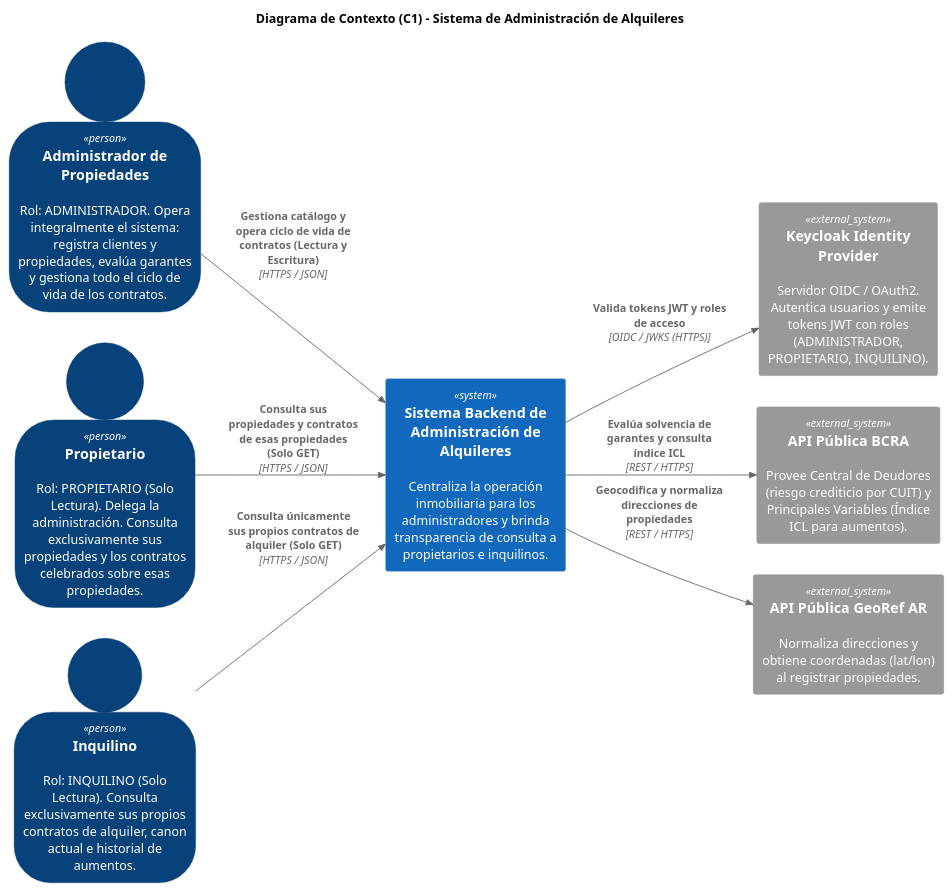
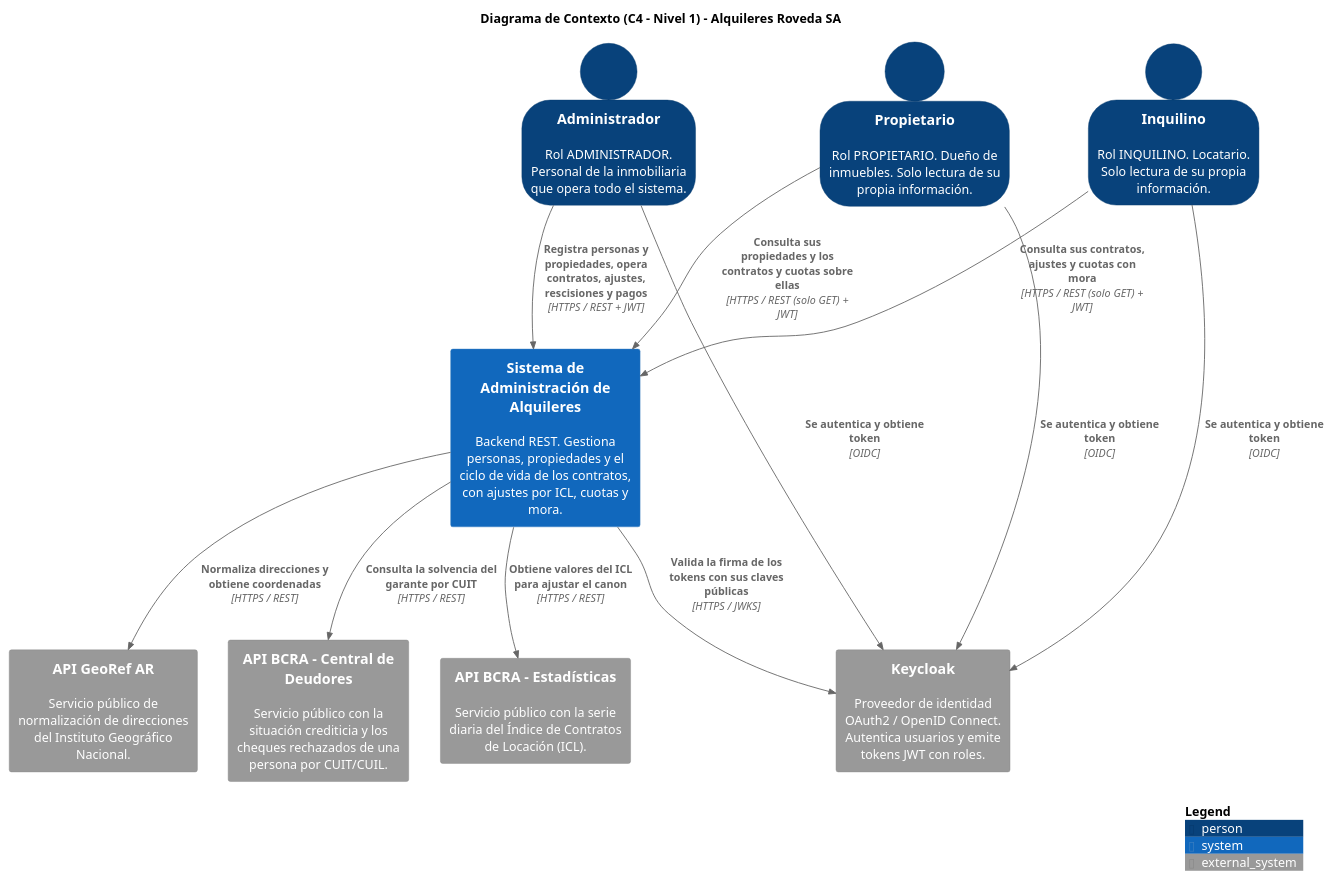
The second of 4 diagrams in docs/Diagramas.md (Luxuul01/tpi-back-RovedaSA), drawn with PlantUML before and after one commit. The commit also changed other lines of this file and 1 other file, not shown here.

Commit message:
docs: actualizar diagrama de contexto C4 y agregar su imagen

````diff
--- a/docs/Diagramas.md
+++ b/docs/Diagramas.md
@@ -267,34 +269,36 @@
 ```plantuml
-@startuml
+@startuml C4_Contexto
 !include https://raw.githubusercontent.com/plantuml-stdlib/C4-PlantUML/master/C4_Context.puml
 
-LAYOUT_LEFT_RIGHT()
+LAYOUT_TOP_DOWN()
 SHOW_PERSON_OUTLINE()
 
-title Diagrama de Contexto (C1) - Sistema de Administración de Alquileres
+title Diagrama de Contexto (C4 - Nivel 1) - Alquileres Roveda SA
 
-' Actores del dominio con aislamiento estricto por rol
-Person(admin, "Administrador de Propiedades", "Rol: ADMINISTRADOR. Opera integralmente el sistema: registra clientes y propiedades, evalúa garantes y gestiona todo el ciclo de vida de los contratos.")
-Person(propietario, "Propietario", "Rol: PROPIETARIO (Solo Lectura). Delega la administración. Consulta exclusivamente sus propiedades y los contratos celebrados sobre esas propiedades.")
-Person(inquilino, "Inquilino", "Rol: INQUILINO (Solo Lectura). Consulta exclusivamente sus propios contratos de alquiler, canon actual e historial de aumentos.")
+Person(admin, "Administrador", "Rol ADMINISTRADOR. Personal de la inmobiliaria que opera todo el sistema.")
+Person(propietario, "Propietario", "Rol PROPIETARIO. Dueño de inmuebles. Solo lectura de su propia información.")
+Person(inquilino, "Inquilino", "Rol INQUILINO. Locatario. Solo lectura de su propia información.")
 
-' Sistema en estudio
-System(sistema_alquileres, "Sistema Backend de Administración de Alquileres", "Centraliza la operación inmobiliaria para los administradores y brinda transparencia de consulta a propietarios e inquilinos.")
+System(sistema, "Sistema de Administración de Alquileres", "Backend REST. Gestiona personas, propiedades y el ciclo de vida de los contratos, con ajustes por ICL, cuotas y mora.")
 
-' Sistemas Externos
-System_Ext(keycloak, "Keycloak Identity Provider", "Servidor OIDC / OAuth2. Autentica usuarios y emite tokens JWT con roles (ADMINISTRADOR, PROPIETARIO, INQUILINO).")
-System_Ext(api_bcra, "API Pública BCRA", "Provee Central de Deudores (riesgo crediticio por CUIT) y Principales Variables (Índice ICL para aumentos).")
-System_Ext(api_georef, "API Pública GeoRef AR", "Normaliza direcciones y obtiene coordenadas (lat/lon) al registrar propiedades.")
+System_Ext(keycloak, "Keycloak", "Proveedor de identidad OAuth2 / OpenID Connect. Autentica usuarios y emite tokens JWT con roles.")
+System_Ext(georef, "API GeoRef AR", "Servicio público de normalización de direcciones del Instituto Geográfico Nacional.")
+System_Ext(bcra_deudores, "API BCRA - Central de Deudores", "Servicio público con la situación crediticia y los cheques rechazados de una persona por CUIT/CUIL.")
+System_Ext(bcra_estadisticas, "API BCRA - Estadísticas", "Servicio público con la serie diaria del Índice de Contratos de Locación (ICL).")
 
-' Relaciones de los actores
-Rel(admin, sistema_alquileres, "Gestiona catálogo y opera ciclo de vida de contratos (Lectura y Escritura)", "HTTPS / JSON")
-Rel(propietario, sistema_alquileres, "Consulta sus propiedades y contratos de esas propiedades (Solo GET)", "HTTPS / JSON")
-Rel(inquilino, sistema_alquileres, "Consulta únicamente sus propios contratos de alquiler (Solo GET)", "HTTPS / JSON")
+Rel(admin, sistema, "Registra personas y propiedades, opera contratos, ajustes, rescisiones y pagos", "HTTPS / REST + JWT")
+Rel(propietario, sistema, "Consulta sus propiedades y los contratos y cuotas sobre ellas", "HTTPS / REST (solo GET) + JWT")
+Rel(inquilino, sistema, "Consulta sus contratos, ajustes y cuotas con mora", "HTTPS / REST (solo GET) + JWT")
 
-' Relaciones hacia sistemas externos
-Rel(sistema_alquileres, keycloak, "Valida tokens JWT y roles de acceso", "OIDC / JWKS (HTTPS)")
-Rel(sistema_alquileres, api_bcra, "Evalúa solvencia de garantes y consulta índice ICL", "REST / HTTPS")
-Rel(sistema_alquileres, api_georef, "Geocodifica y normaliza direcciones de propiedades", "REST / HTTPS")
+Rel(admin, keycloak, "Se autentica y obtiene token", "OIDC")
+Rel(propietario, keycloak, "Se autentica y obtiene token", "OIDC")
+Rel(inquilino, keycloak, "Se autentica y obtiene token", "OIDC")
 
+Rel(sistema, keycloak, "Valida la firma de los tokens con sus claves públicas", "HTTPS / JWKS")
+Rel(sistema, georef, "Normaliza direcciones y obtiene coordenadas", "HTTPS / REST")
+Rel(sistema, bcra_deudores, "Consulta la solvencia del garante por CUIT", "HTTPS / REST")
+Rel(sistema, bcra_estadisticas, "Obtiene valores del ICL para ajustar el canon", "HTTPS / REST")
+
+SHOW_LEGEND()
 @enduml
 ```
````
